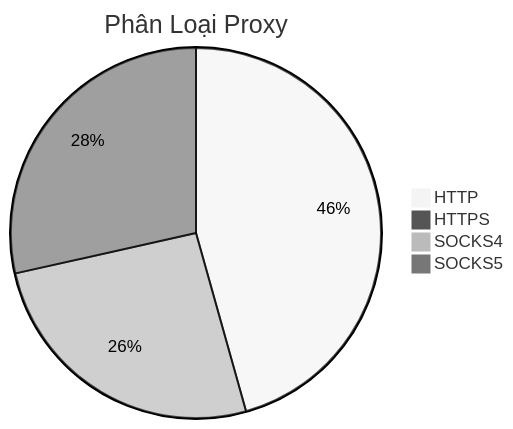
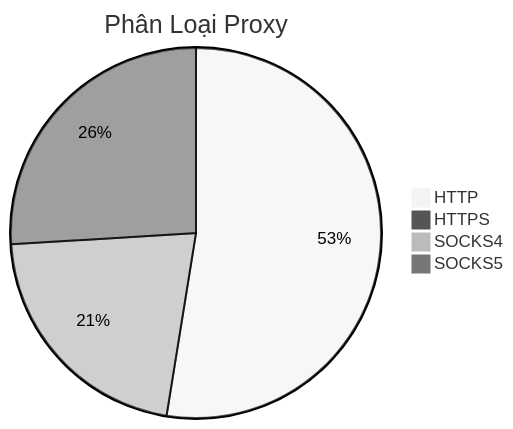
One commit to Ciara-12/PROXY-free changed the diagram in README.md. Above: the diagram before and after it, drawn with Mermaid (neutral theme). The commit also changed other lines of this file and 4 other files, not shown here.

````diff
--- a/README.md
+++ b/README.md
@@ -26,7 +26,7 @@
 ```mermaid
 pie title Phân Loại Proxy
-    "HTTP" : 482
-    "HTTPS" : 1
-    "SOCKS4" : 273
+    "HTTP" : 609
+    "HTTPS" : 0
+    "SOCKS4" : 249
     "SOCKS5" : 301
 ```
````
